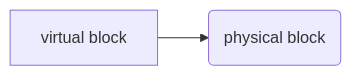
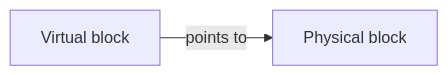
Before and after one commit to sadmanca/ece344: diagram 11 of 11 in README.md, drawn with Mermaid. The commit also changed other lines of this file, not shown here.

````diff
--- a/README.md
+++ b/README.md
@@ -2321,4 +2338,4 @@
 ```mermaid
-graph LR
-	1["virtual block"] --> 2("physical block")
+graph LR;
+  1["Virtual block"] -->|points to| 2["Physical block"]
 ```
````
